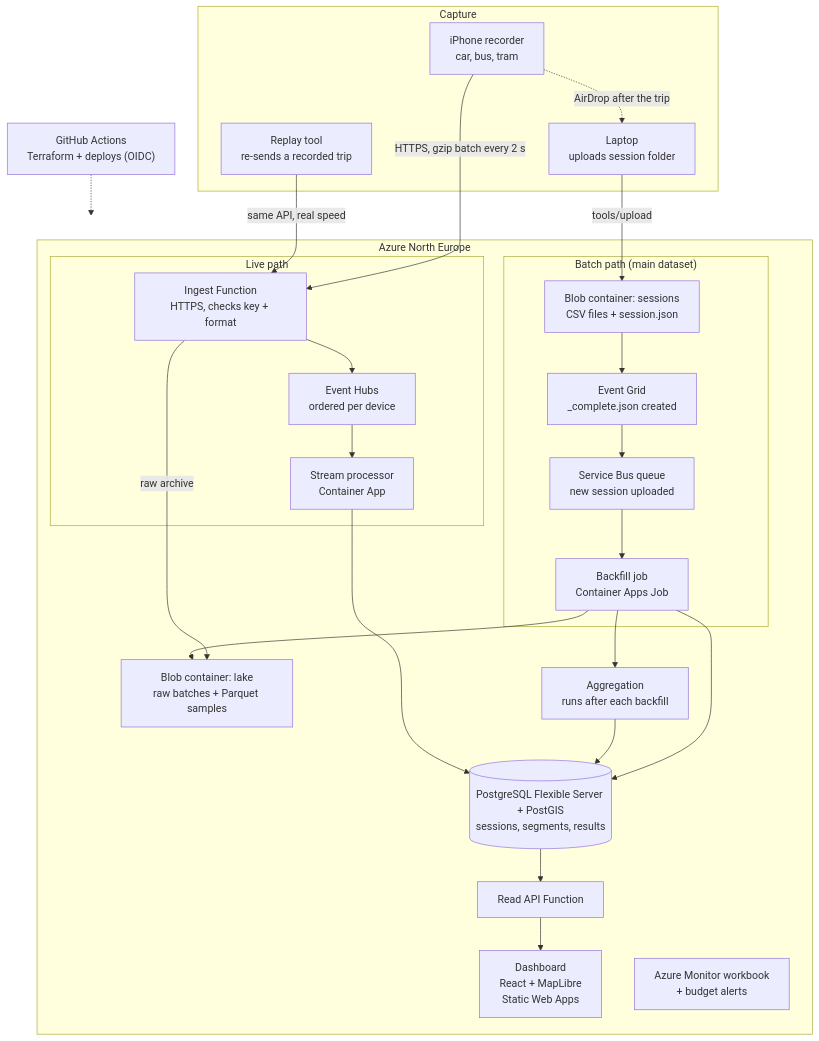
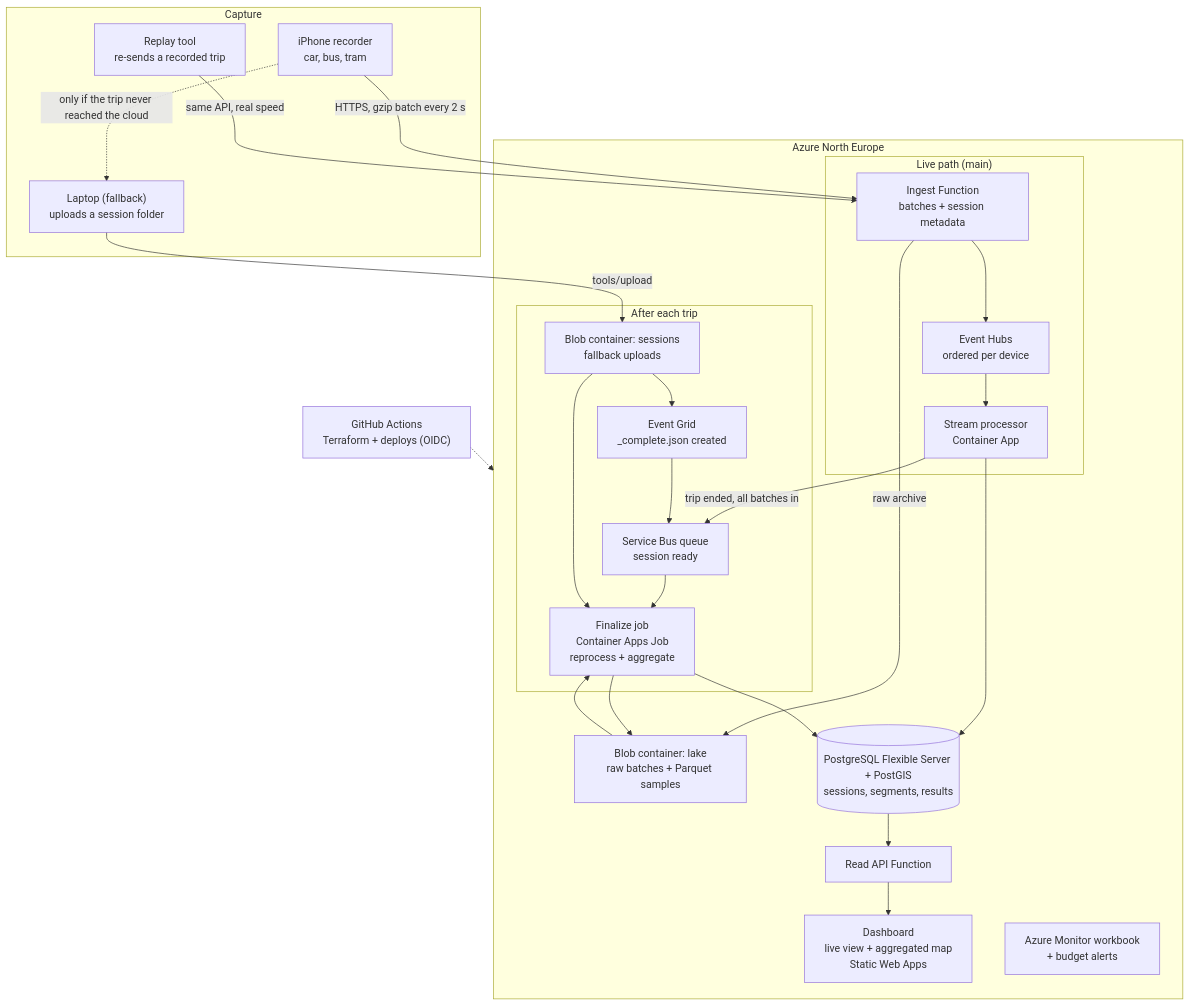
Before and after one commit to ghimpumihai/Bumpy: the diagram in decisions/02-infrastructure-plan.md, drawn with Mermaid. The commit also changed other lines of this file and 2 other files, not shown here.

First line of the commit message:
Make the live path the main path in the infrastructure plan

````diff
--- a/decisions/02-infrastructure-plan.md
+++ b/decisions/02-infrastructure-plan.md
@@ -71,43 +71,44 @@
 ```mermaid
 flowchart TB
   subgraph CAP["Capture"]
     phone["iPhone recorder<br/>car, bus, tram"]
-    laptop["Laptop<br/>uploads session folder"]
     replay["Replay tool<br/>re-sends a recorded trip"]
+    laptop["Laptop (fallback)<br/>uploads a session folder"]
   end
 
   subgraph AZ["Azure North Europe"]
-    subgraph BATCH["Batch path (main dataset)"]
-      blobS["Blob container: sessions<br/>CSV files + session.json"]
-      eg["Event Grid<br/>_complete.json created"]
-      sb["Service Bus queue<br/>new session uploaded"]
-      backfill["Backfill job<br/>Container Apps Job"]
-    end
-    subgraph LIVE["Live path"]
-      ingest["Ingest Function<br/>HTTPS, checks key + format"]
+    subgraph LIVE["Live path (main)"]
+      ingest["Ingest Function<br/>batches + session metadata"]
       eh["Event Hubs<br/>ordered per device"]
       proc["Stream processor<br/>Container App"]
     end
+    subgraph FIN["After each trip"]
+      sb["Service Bus queue<br/>session ready"]
+      fin["Finalize job<br/>Container Apps Job<br/>reprocess + aggregate"]
+      blobS["Blob container: sessions<br/>fallback uploads"]
+      eg["Event Grid<br/>_complete.json created"]
+    end
     lake["Blob container: lake<br/>raw batches + Parquet samples"]
     pg[("PostgreSQL Flexible Server + PostGIS<br/>sessions, segments, results")]
-    agg["Aggregation<br/>runs after each backfill"]
     read["Read API Function"]
-    web["Dashboard<br/>React + MapLibre<br/>Static Web Apps"]
+    web["Dashboard<br/>live view + aggregated map<br/>Static Web Apps"]
     ops["Azure Monitor workbook<br/>+ budget alerts"]
   end
 
   gh["GitHub Actions<br/>Terraform + deploys (OIDC)"]
 
-  phone -.->|"AirDrop after the trip"| laptop
-  laptop -->|"tools/upload"| blobS --> eg --> sb --> backfill
   phone -->|"HTTPS, gzip batch every 2 s"| ingest
   replay -->|"same API, real speed"| ingest
-  ingest --> eh --> proc
+  ingest --> eh --> proc --> pg
   ingest -->|"raw archive"| lake
-  backfill --> lake
-  backfill --> pg
-  backfill --> agg --> pg
-  proc --> pg
+  proc -->|"trip ended, all batches in"| sb
+  phone -.->|"only if the trip never reached the cloud"| laptop
+  laptop -->|"tools/upload"| blobS --> eg --> sb
+  sb --> fin
+  lake --> fin
+  blobS --> fin
+  fin --> lake
+  fin --> pg
   pg --> read --> web
   gh -.-> AZ
 ```
````
